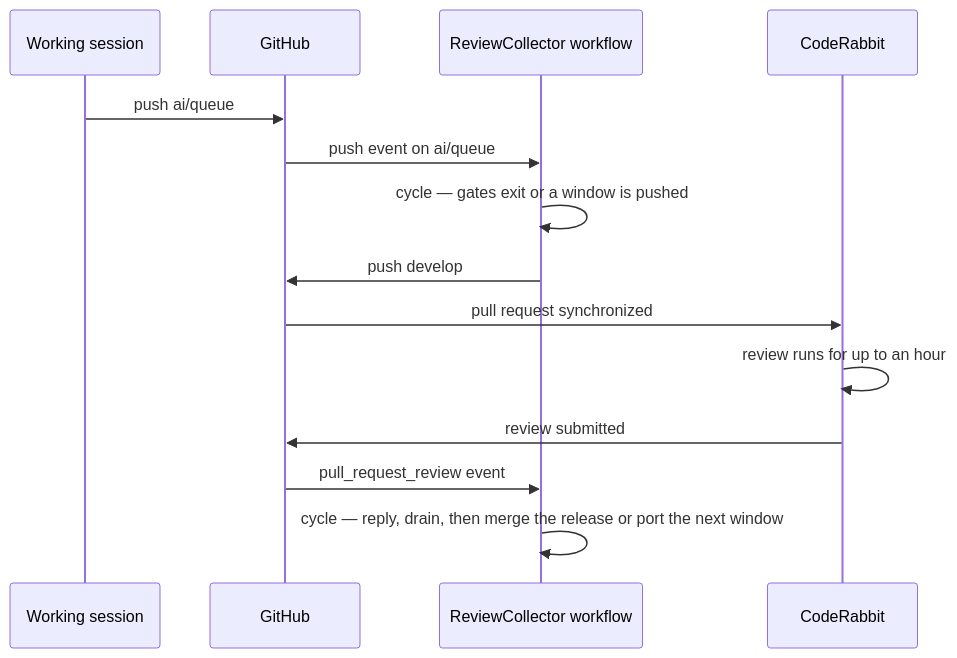
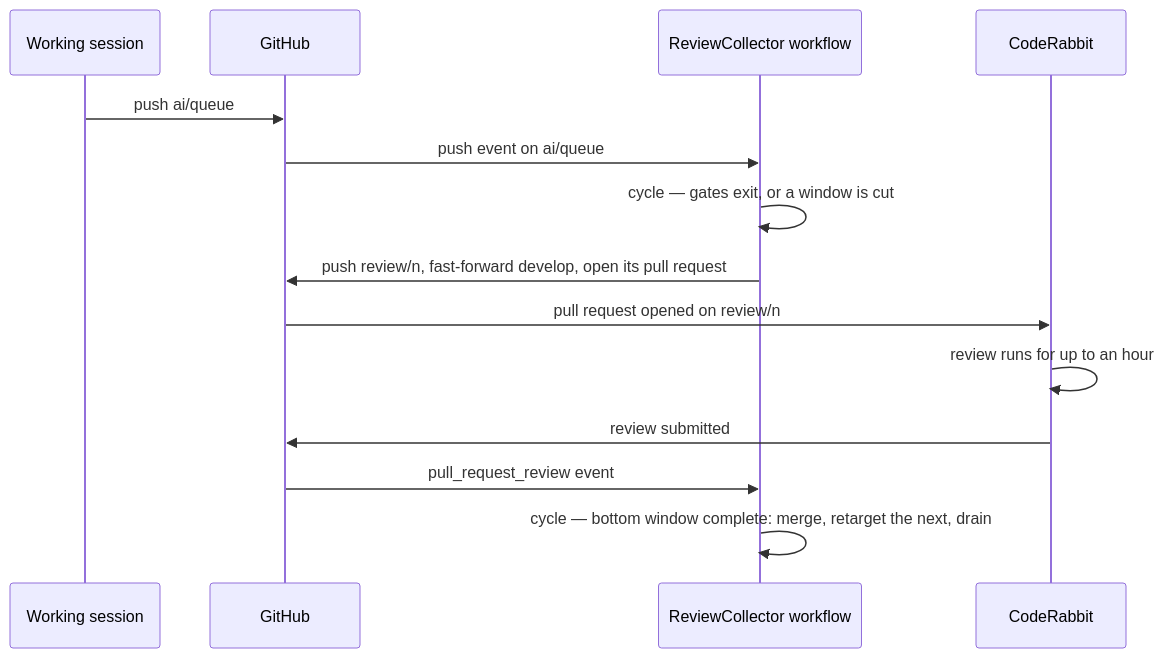
Before and after one commit to Esposter/Esposter: the first of 3 diagrams in apps/web/content/docs/infra/review-collector/runner.md, drawn with Mermaid. The commit also changed other lines of this file and 10 other files, not shown here.

First line of the commit message:
docs(collector): the windows stack as review/<n> pull requests merged bottom up, with the stacking guard and the drain's foreground haiku fixers

````diff
--- a/apps/web/content/docs/infra/review-collector/runner.md
+++ b/apps/web/content/docs/infra/review-collector/runner.md
@@ -12,16 +12,16 @@
 ```mermaid
 sequenceDiagram
   participant S as Working session
   participant GH as GitHub
   participant W as ReviewCollector workflow
   participant CR as CodeRabbit
   S->>GH: push ai/queue
   GH->>W: push event on ai/queue
-  W->>W: cycle — gates exit or a window is pushed
-  W->>GH: push develop
-  GH->>CR: pull request synchronized
+  W->>W: cycle — gates exit, or a window is cut
+  W->>GH: push review/n, fast-forward develop, open its pull request
+  GH->>CR: pull request opened on review/n
   CR->>CR: review runs for up to an hour
   CR->>GH: review submitted
   GH->>W: pull_request_review event
-  W->>W: cycle — reply, drain, then merge the release or port the next window
+  W->>W: cycle — bottom window complete: merge, retarget the next, drain
 ```
````
